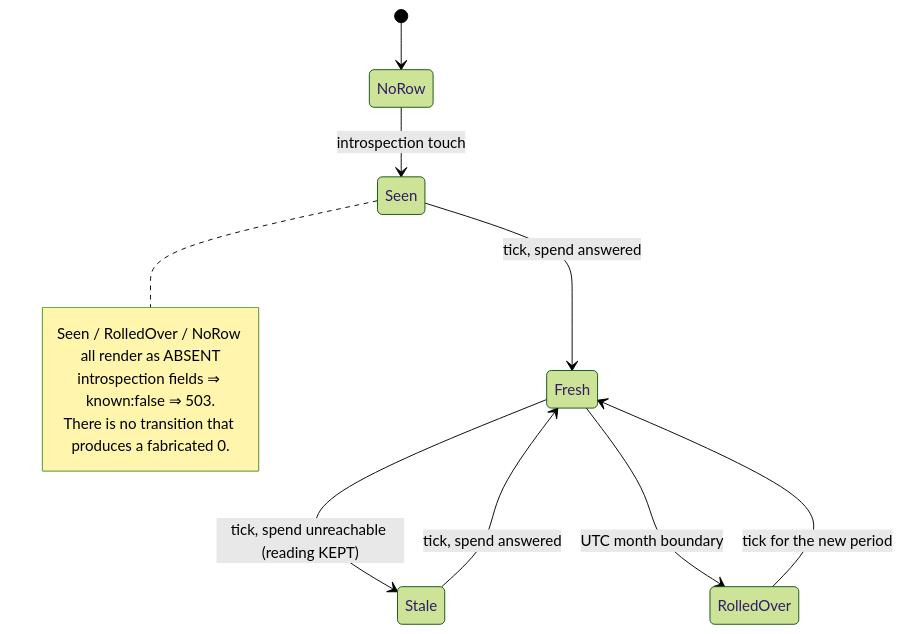
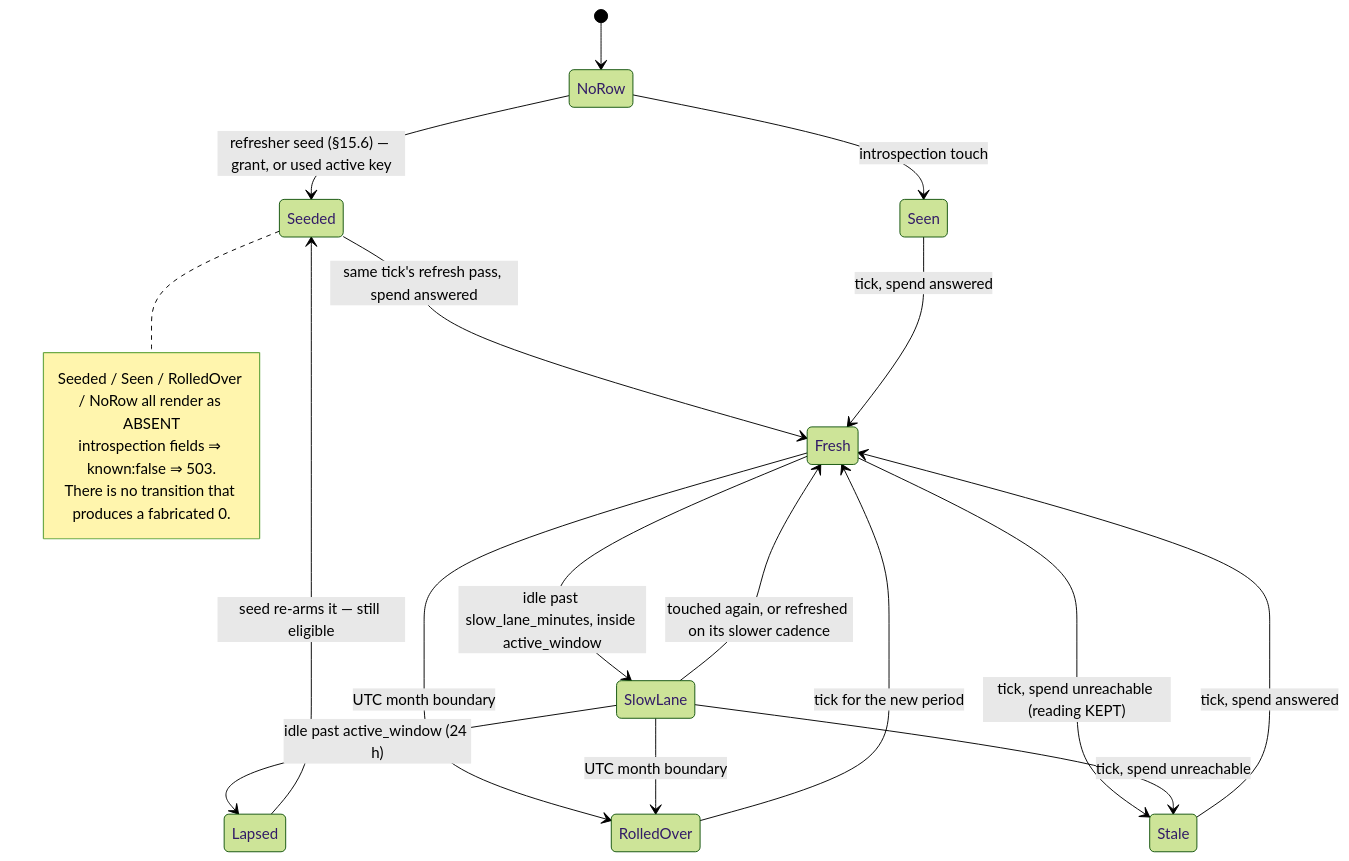
The second of 2 diagrams in docs/runbooks/budget-remaining-snapshot.md (ADORSYS-GIS/lightbridge-authz), drawn with Mermaid (forest theme) before and after one commit. The commit also changed other lines of this file and 25 other files, not shown here.

````diff
--- a/docs/runbooks/budget-remaining-snapshot.md
+++ b/docs/runbooks/budget-remaining-snapshot.md
@@ -35,15 +38,23 @@
 ```mermaid
 stateDiagram-v2
     [*] --> NoRow
+    NoRow --> Seeded: refresher seed (§15.6) — grant, or used active key
     NoRow --> Seen: introspection touch
+    Seeded --> Fresh: same tick's refresh pass, spend answered
     Seen --> Fresh: tick, spend answered
+    Fresh --> SlowLane: idle past slow_lane_minutes, inside active_window
+    SlowLane --> Fresh: touched again, or refreshed on its slower cadence
     Fresh --> Stale: tick, spend unreachable (reading KEPT)
+    SlowLane --> Stale: tick, spend unreachable
     Stale --> Fresh: tick, spend answered
+    SlowLane --> Lapsed: idle past active_window (24 h)
+    Lapsed --> Seeded: seed re-arms it — still eligible
     Fresh --> RolledOver: UTC month boundary
+    SlowLane --> RolledOver: UTC month boundary
     RolledOver --> Fresh: tick for the new period
-    note right of Seen
-        Seen / RolledOver / NoRow all render as ABSENT
+    note right of Seeded
+        Seeded / Seen / RolledOver / NoRow all render as ABSENT
         introspection fields ⇒ known:false ⇒ 503.
         There is no transition that produces a fabricated 0.
     end note
 ```
````
